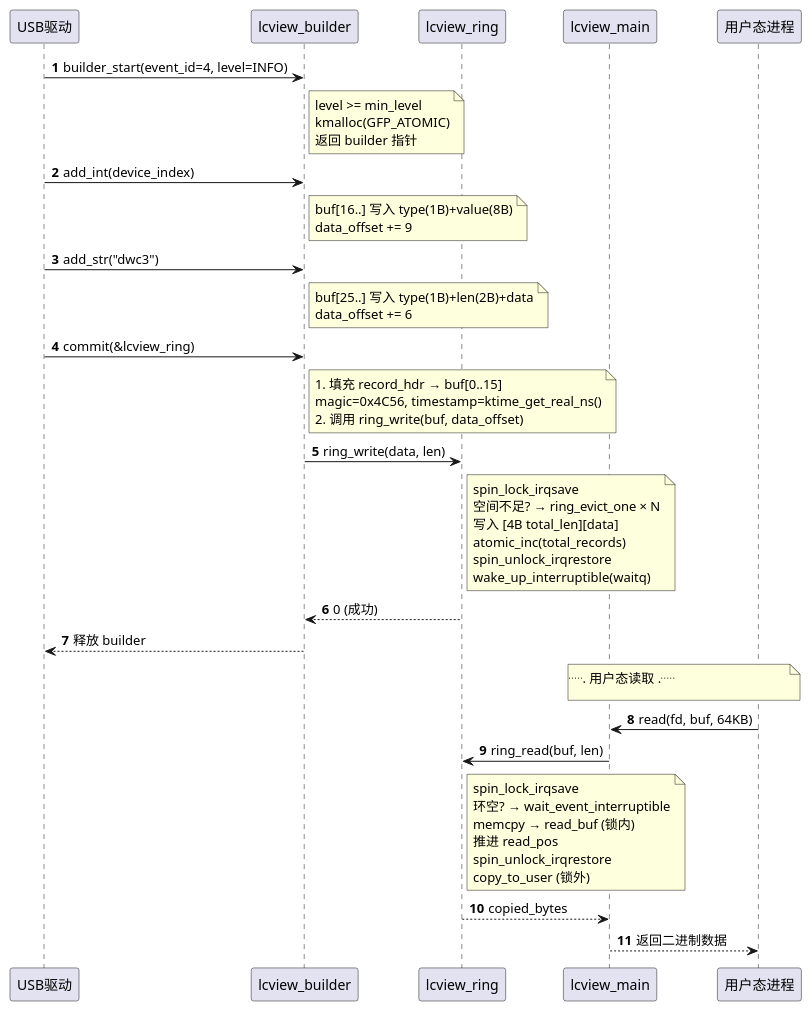
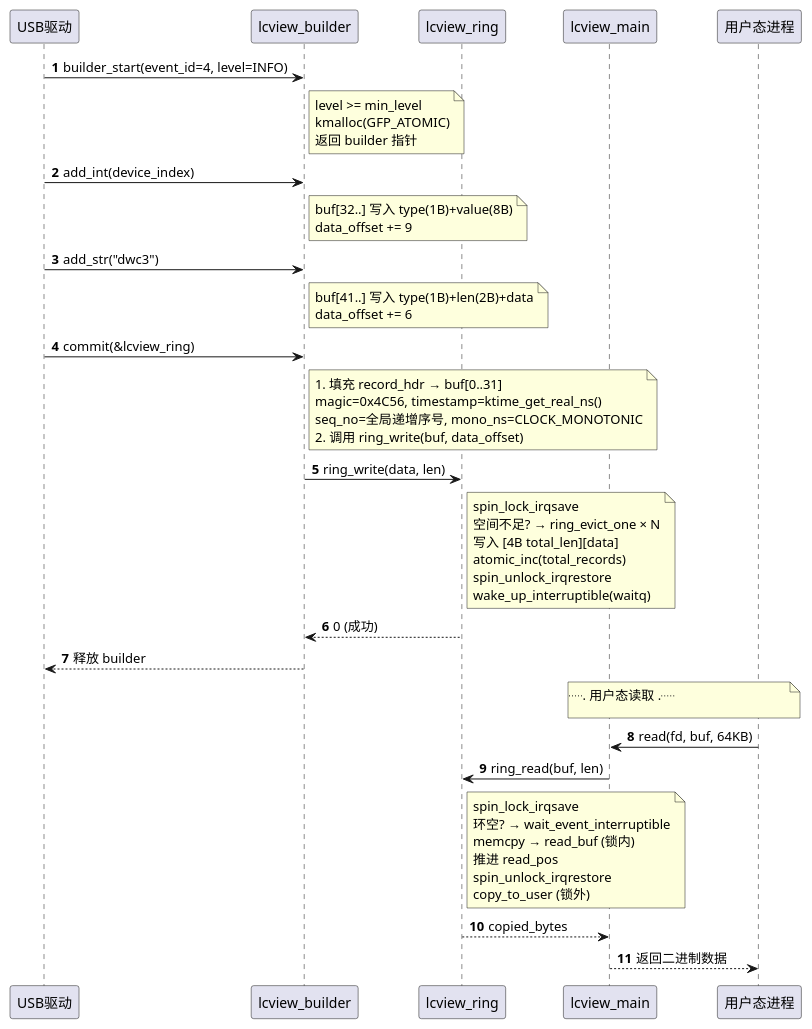
One commit to lechao365/AndroidSystemEnhance changed the first of 16 diagrams in docs/01-打点增强/01.01-内核态增强-lcview-kernel.md. Above: the diagram before and after it, drawn with PlantUML. The commit also changed other lines of this file and 146 other files, not shown here.

````diff
--- a/docs/01-打点增强/01.01-内核态增强-lcview-kernel.md
+++ b/docs/01-打点增强/01.01-内核态增强-lcview-kernel.md
@@ -31,37 +31,37 @@
 ```plantuml
 @startuml
 autonumber
 participant "USB驱动" as USB
 participant "lcview_builder" as B
 participant "lcview_ring" as R
 participant "lcview_main" as C
 participant "用户态进程" as U
 
 USB -> B : builder_start(event_id=4, level=INFO)
 note right of B: level >= min_level\nkmalloc(GFP_ATOMIC)\n返回 builder 指针
 
 USB -> B : add_int(device_index)
-note right of B: buf[16..] 写入 type(1B)+value(8B)\ndata_offset += 9
+note right of B: buf[32..] 写入 type(1B)+value(8B)\ndata_offset += 9
 
 USB -> B : add_str("dwc3")
-note right of B: buf[25..] 写入 type(1B)+len(2B)+data\ndata_offset += 6
+note right of B: buf[41..] 写入 type(1B)+len(2B)+data\ndata_offset += 6
 
 USB -> B : commit(&lcview_ring)
-note right of B: 1. 填充 record_hdr → buf[0..15]\nmagic=0x4C56, timestamp=ktime_get_real_ns()\n2. 调用 ring_write(buf, data_offset)
+note right of B: 1. 填充 record_hdr → buf[0..31]\nmagic=0x4C56, timestamp=ktime_get_real_ns()\nseq_no=全局递增序号, mono_ns=CLOCK_MONOTONIC\n2. 调用 ring_write(buf, data_offset)
 
 B -> R : ring_write(data, len)
 note right of R: spin_lock_irqsave\n空间不足? → ring_evict_one × N\n写入 [4B total_len][data]\natomic_inc(total_records)\nspin_unlock_irqrestore\nwake_up_interruptible(waitq)
 
 R --> B : 0 (成功)
 B --> USB : 释放 builder
 
 note over U, C : ... 用户态读取 ...
 
 U -> C : read(fd, buf, 64KB)
 C -> R : ring_read(buf, len)
 note right of R: spin_lock_irqsave\n环空? → wait_event_interruptible\nmemcpy → read_buf (锁内)\n推进 read_pos\nspin_unlock_irqrestore\ncopy_to_user (锁外)
 
 R --> C : copied_bytes
 C --> U : 返回二进制数据
 @enduml
 ```
````
